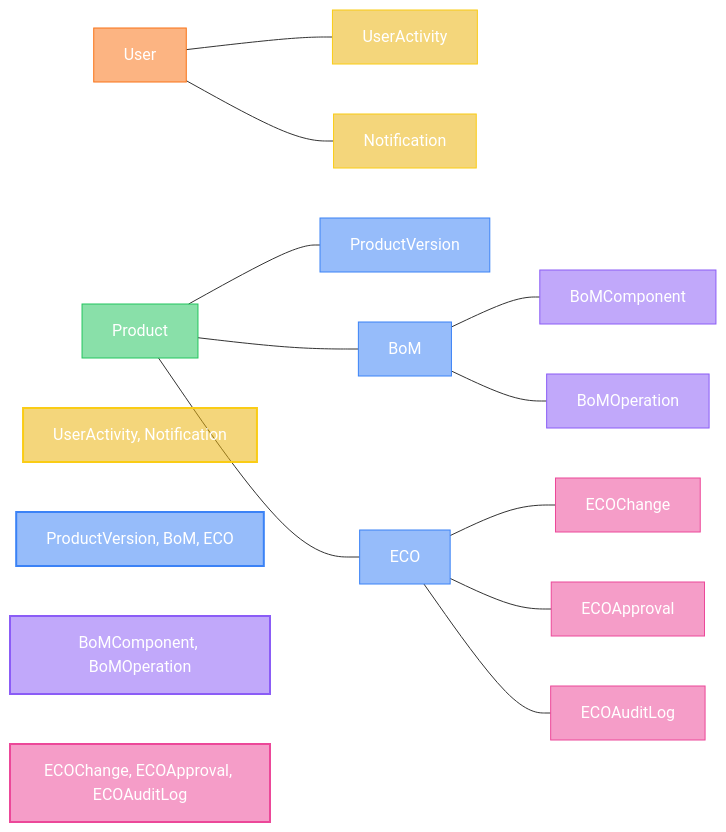
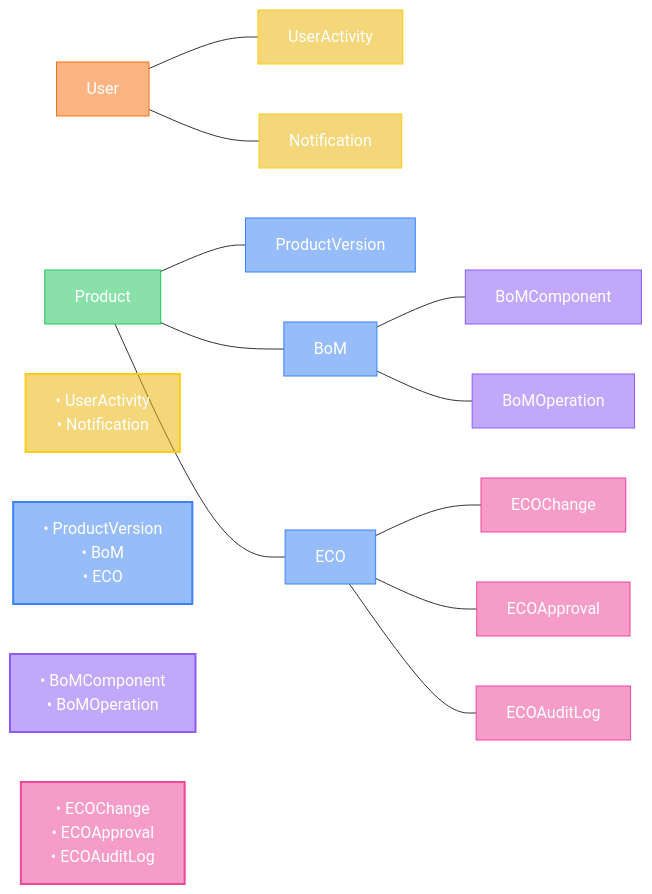
Before and after one commit to PARTH-JADAV20/ECOSetu: the fourth of 4 diagrams in README.md, drawn with Mermaid. The commit also changed other lines of this file, not shown here.

Commit message:
docs: Improve readability of mermaid diagrams in README.md by adding newlines and bullet points to labels.

````diff
--- a/README.md
+++ b/README.md
@@ -146,55 +146,56 @@
 ```mermaid
 graph LR
     User["User"]
     UserActivity["UserActivity"]
     Notification["Notification"]
     Product["Product"]
     ProductVersion["ProductVersion"]
     BoM["BoM"]
     ECO["ECO"]
     BoMComponent["BoMComponent"]
     BoMOperation["BoMOperation"]
     ECOChange["ECOChange"]
     ECOApproval["ECOApproval"]
     ECOAuditLog["ECOAuditLog"]
 
     User --- UserActivity
     User --- Notification
     Product --- ProductVersion
     Product --- BoM
     Product --- ECO
     BoM --- BoMComponent
     BoM --- BoMOperation
     ECO --- ECOChange
     ECO --- ECOApproval
     ECO --- ECOAuditLog
 
     style User fill:#f9731688,stroke:#f97316,stroke-width:1px,color:#fff
     style UserActivity fill:#eab30888,stroke:#facc15,stroke-width:1px,color:#fff
     style Notification fill:#eab30888,stroke:#facc15,stroke-width:1px,color:#fff
 
     style Product fill:#22c55e88,stroke:#22c55e,stroke-width:1px,color:#fff
     style ProductVersion fill:#3b82f688,stroke:#3b82f6,stroke-width:1px,color:#fff
     style BoM fill:#3b82f688,stroke:#3b82f6,stroke-width:1px,color:#fff
     style ECO fill:#3b82f688,stroke:#3b82f6,stroke-width:1px,color:#fff
 
     style BoMComponent fill:#8b5cf688,stroke:#8b5cf6,stroke-width:1px,color:#fff
     style BoMOperation fill:#8b5cf688,stroke:#8b5cf6,stroke-width:1px,color:#fff
 
     style ECOChange fill:#ec489988,stroke:#ec4899,stroke-width:1px,color:#fff
     style ECOApproval fill:#ec489988,stroke:#ec4899,stroke-width:1px,color:#fff
     style ECOAuditLog fill:#ec489988,stroke:#ec4899,stroke-width:1px,color:#fff
 
         %% ===== LEGEND =====
-    LegendUA["UserActivity, Notification"]
-    LegendCore["ProductVersion, BoM, ECO"]
-    LegendBoM["BoMComponent, BoMOperation"]
-    LegendECO["ECOChange, ECOApproval, ECOAuditLog"]
+    LegendUA["• UserActivity<br/>• Notification"]
+    LegendCore["• ProductVersion<br/>• BoM<br/>• ECO"]
+    LegendBoM["• BoMComponent<br/>• BoMOperation"]
+    LegendECO["• ECOChange<br/>• ECOApproval<br/>• ECOAuditLog"]
+
 
     style LegendUA fill:#eab30888,stroke:#facc15,stroke-width:2px,color:#fff
     style LegendCore fill:#3b82f688,stroke:#3b82f6,stroke-width:2px,color:#fff
     style LegendBoM fill:#8b5cf688,stroke:#8b5cf6,stroke-width:2px,color:#fff
     style LegendECO fill:#ec489988,stroke:#ec4899,stroke-width:2px,color:#fff
 
 
 ```
````
